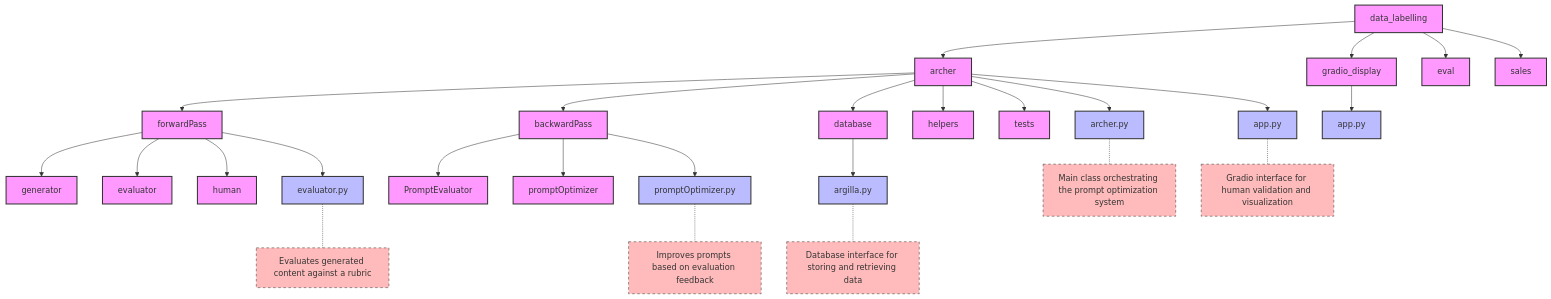
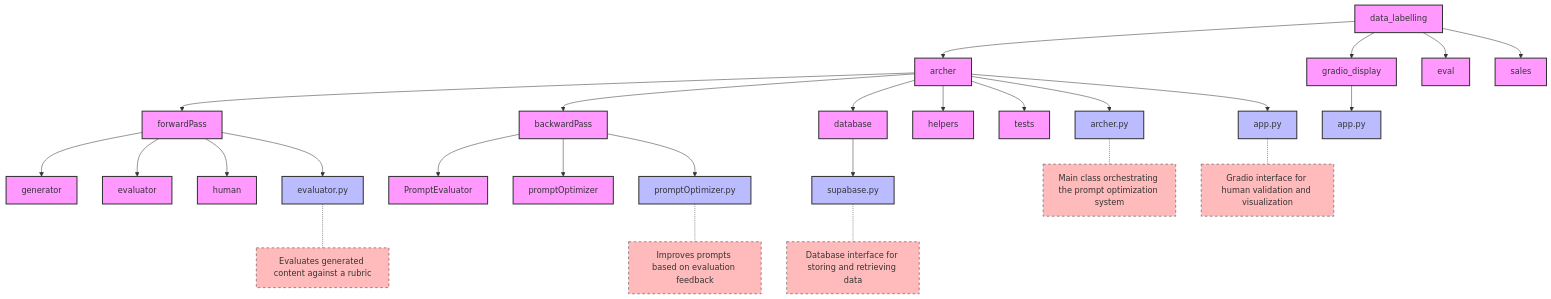
One commit to mdkrasnow/archer changed the diagram in data_labelling/documentation/directory_structure.md. Above: the diagram before and after it, drawn with Mermaid. The commit also changed 26 other files, not shown here.

````diff
--- a/data_labelling/documentation/directory_structure.md
+++ b/data_labelling/documentation/directory_structure.md
@@ -1,78 +1,78 @@
 ```mermaid
 graph TD
     %% Main Directories
     Root[data_labelling]
     Archer[archer]
     GradioDisplay[gradio_display]
     Eval[eval]
     Sales[sales]
     
     %% Archer Subdirectories
     ForwardPass[forwardPass]
     BackwardPass[backwardPass]
     Database[database]
     Helpers[helpers]
     Tests[tests]
     
     %% Forward Pass Subdirectories
     Generator[generator]
     Evaluator[evaluator]
     Human[human]
     
     %% Backward Pass Subdirectories
     PromptEval[PromptEvaluator]
     PromptOpt[promptOptimizer]
     
     %% Directory Structure
     Root --> Archer
     Root --> GradioDisplay
     Root --> Eval
     Root --> Sales
     
     %% Archer Structure
     Archer --> ForwardPass
     Archer --> BackwardPass
     Archer --> Database
     Archer --> Helpers
     Archer --> Tests
     
     %% Forward Pass Structure
     ForwardPass --> Generator
     ForwardPass --> Evaluator
     ForwardPass --> Human
     
     %% Backward Pass Structure
     BackwardPass --> PromptEval
     BackwardPass --> PromptOpt
     
     %% Key Files
     ArcherPy[archer.py]
     AppPy[app.py]
     PromptOptimizerPy[promptOptimizer.py]
     EvaluatorPy[evaluator.py]
-    ArgillaPy[argilla.py]
+    ArgillaPy[supabase.py]
     
     %% File Connections
     Archer --> ArcherPy
     Archer --> AppPy
     BackwardPass --> PromptOptimizerPy
     ForwardPass --> EvaluatorPy
     Database --> ArgillaPy
     GradioDisplay --> GradioAppPy[app.py]
     
     %% File Descriptions
     ArcherPy -.- ArcherDesc["Main class orchestrating the prompt optimization system"]
     AppPy -.- AppDesc["Gradio interface for human validation and visualization"]
     PromptOptimizerPy -.- PromptOptimizerDesc["Improves prompts based on evaluation feedback"]
     EvaluatorPy -.- EvaluatorDesc["Evaluates generated content against a rubric"]
     ArgillaPy -.- ArgillaDesc["Database interface for storing and retrieving data"]
     
     %% Styling
     classDef directory fill:#f9f,stroke:#333,stroke-width:2px
     classDef file fill:#bbf,stroke:#333,stroke-width:2px
     classDef description fill:#fbb,stroke:#333,stroke-width:1px,stroke-dasharray: 5 5
     
     class Root,Archer,GradioDisplay,Eval,Sales,ForwardPass,BackwardPass,Database,Helpers,Tests,Generator,Evaluator,Human,PromptEval,PromptOpt directory
     class ArcherPy,AppPy,PromptOptimizerPy,EvaluatorPy,ArgillaPy,GradioAppPy file
     class ArcherDesc,AppDesc,PromptOptimizerDesc,EvaluatorDesc,ArgillaDesc description
 ``` 
````
